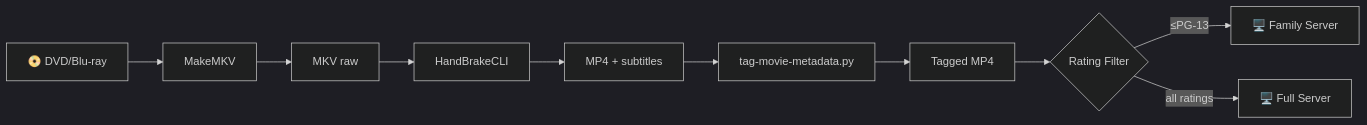
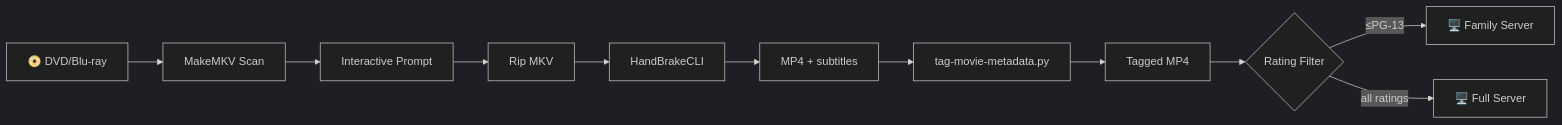
The third of 4 diagrams in docs/workflow_overview.md (geniusworks/digital-archive-maker), drawn with Mermaid (dark theme) before and after one commit. The commit also changed other lines of this file, not shown here.

Commit message:
docs: update workflow overview to reflect new video ripping process

````diff
--- a/docs/workflow_overview.md
+++ b/docs/workflow_overview.md
@@ -126,12 +126,13 @@
 ```mermaid
 flowchart LR
-    A[📀 DVD/Blu-ray] --> B[MakeMKV]
-    B --> C[MKV raw]
-    C --> D[HandBrakeCLI]
-    D --> E[MP4 + subtitles]
-    E --> F[tag-movie-metadata.py]
-    F --> G[Tagged MP4]
-    G --> H{Rating Filter}
-    H -->|≤PG-13| I[🖥️ Family Server]
-    H -->|all ratings| J[🖥️ Full Server]
+    A[📀 DVD/Blu-ray] --> B[MakeMKV Scan]
+    B --> C[Interactive Prompt]
+    C --> D[Rip MKV]
+    D --> E[HandBrakeCLI]
+    E --> F[MP4 + subtitles]
+    F --> G[tag-movie-metadata.py]
+    G --> H[Tagged MP4]
+    H --> I{Rating Filter}
+    I -->|≤PG-13| J[🖥️ Family Server]
+    I -->|all ratings| K[🖥️ Full Server]
 ```
````
